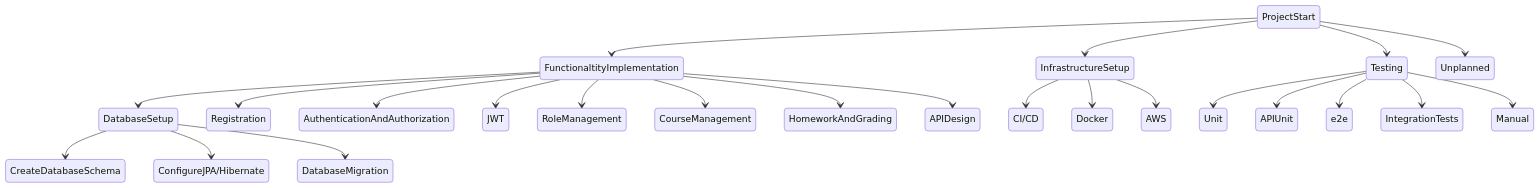
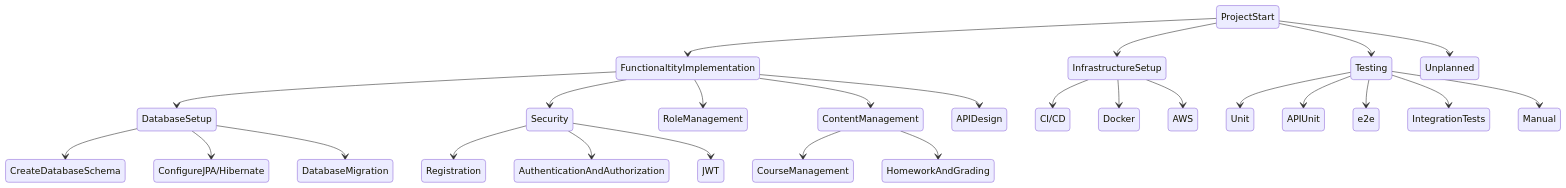
Before and after one commit to RomanSulymka/CourseManagementSystem: the diagram in README.md, drawn with Mermaid.

Commit message:
updated README, added new topics

````diff
--- a/README.md
+++ b/README.md
@@ -6,27 +6,29 @@
 ```mermaid
 stateDiagram
     ProjectStart --> FunctionaltityImplementation
     FunctionaltityImplementation --> DatabaseSetup
         DatabaseSetup --> CreateDatabaseSchema
         DatabaseSetup --> ConfigureJPA/Hibernate
         DatabaseSetup --> DatabaseMigration
-    FunctionaltityImplementation --> Registration
-    FunctionaltityImplementation --> AuthenticationAndAuthorization
-    FunctionaltityImplementation --> JWT
+    FunctionaltityImplementation --> Security
+        Security --> Registration
+        Security --> AuthenticationAndAuthorization
+        Security --> JWT
     FunctionaltityImplementation --> RoleManagement
-    FunctionaltityImplementation --> CourseManagement
-    FunctionaltityImplementation --> HomeworkAndGrading
+    FunctionaltityImplementation --> ContentManagement
+            ContentManagement --> CourseManagement
+            ContentManagement --> HomeworkAndGrading
     FunctionaltityImplementation --> APIDesign
     ProjectStart --> InfrastructureSetup
         InfrastructureSetup --> CI/CD
         InfrastructureSetup --> Docker
         InfrastructureSetup --> AWS
     ProjectStart --> Testing
         Testing --> Unit
         Testing --> APIUnit
         Testing --> e2e
         Testing --> IntegrationTests
         Testing --> Manual
     ProjectStart --> Unplanned
     
 ```
````
